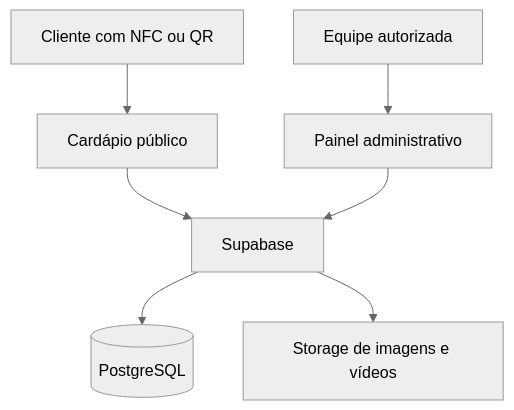
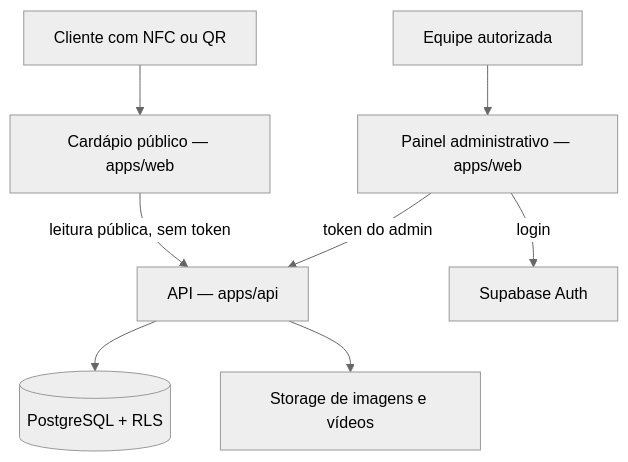
One commit to ManuelFernandoCunhaRodrigues/cardapio-nfc changed the diagram in Salgae_Lanchonete_Obsidian/02-Tecnologia/06-Arquitetura-e-Stack.md. Above: the diagram before and after it, drawn with Mermaid (neutral theme). The commit also changed other lines of this file and 2 other files, not shown here.

Commit message:
docs(vault): E8 — notas 06, 09 e 25 com a API própria e o andamento do plano v3

````diff
--- a/Salgae_Lanchonete_Obsidian/02-Tecnologia/06-Arquitetura-e-Stack.md
+++ b/Salgae_Lanchonete_Obsidian/02-Tecnologia/06-Arquitetura-e-Stack.md
@@ -15,9 +17,10 @@
 ```mermaid
 flowchart TD
-  Cliente[Cliente com NFC ou QR] --> Publico[Cardápio público]
-  Equipe[Equipe autorizada] --> Painel[Painel administrativo]
-  Publico --> Supabase[Supabase]
-  Painel --> Supabase
-  Supabase --> Banco[(PostgreSQL)]
-  Supabase --> Storage[Storage de imagens e vídeos]
+  Cliente[Cliente com NFC ou QR] --> Publico[Cardápio público — apps/web]
+  Equipe[Equipe autorizada] --> Painel[Painel administrativo — apps/web]
+  Publico -- leitura pública, sem token --> Api[API — apps/api]
+  Painel -- token do admin --> Api
+  Painel -- login --> Auth[Supabase Auth]
+  Api --> Banco[(PostgreSQL + RLS)]
+  Api --> Storage[Storage de imagens e vídeos]
 ```
````
